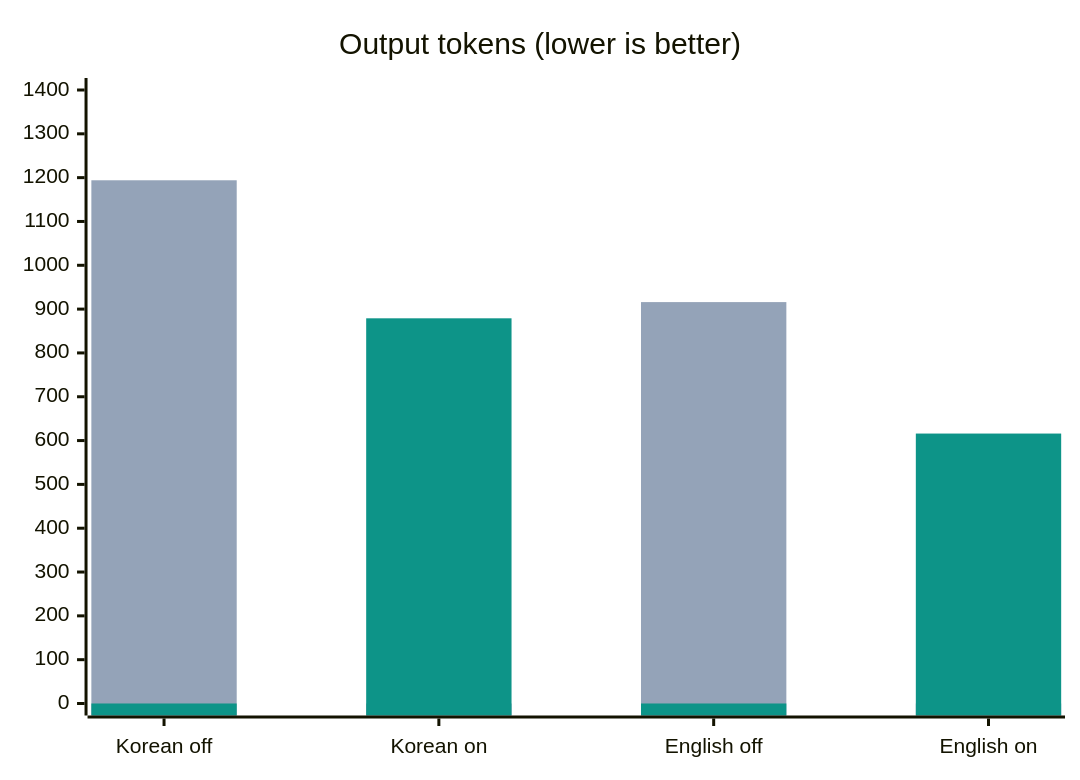
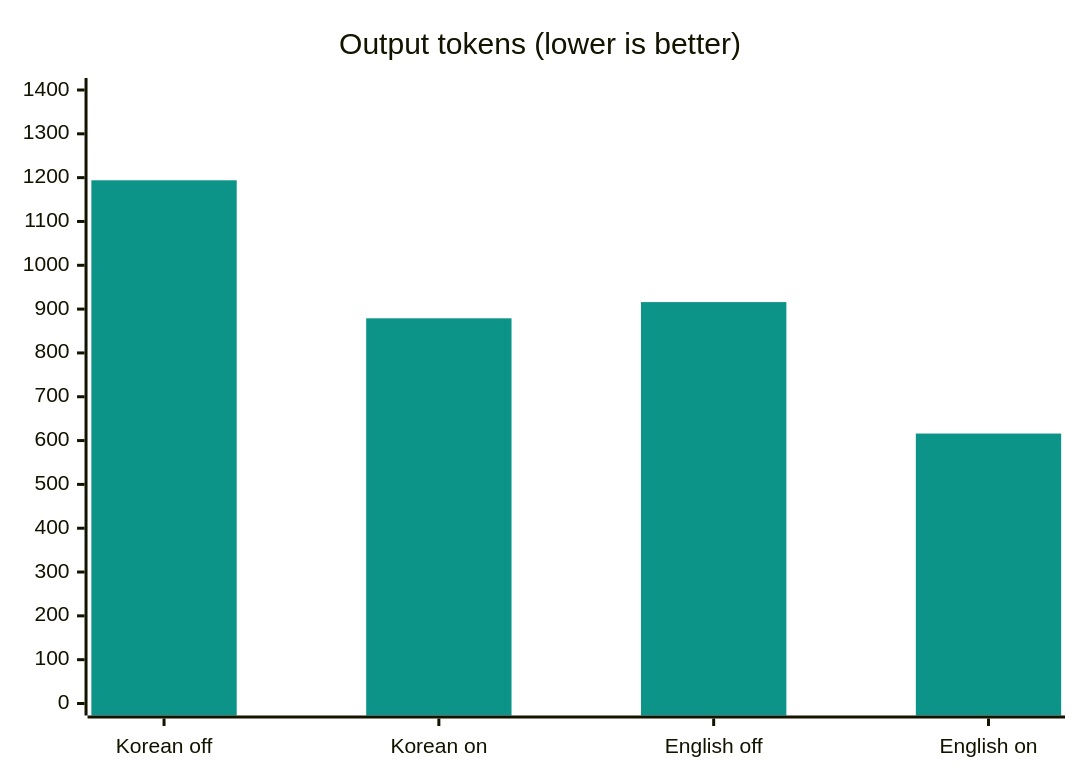
Before and after one commit to evelynn/get-to-it: the first of 2 diagrams in README.md, drawn with Mermaid. The commit also changed other lines of this file and 1 other file, not shown here.

Commit message:
karin: 토큰 그래프를 한 계열 막대로 되돌려 0값 막대 줄 제거
- 끔·켬 두 계열로 나누면 값 0 막대가 다른 막대 아래에 얇은 줄로 남음
- 한 계열 막대와 진한 청록 한 가지 색으로 통일

````diff
--- a/README.md
+++ b/README.md
@@ -22,9 +22,8 @@
 ```mermaid
-%%{init: {"themeVariables": {"xyChart": {"plotColorPalette": "#94a3b8, #0d9488"}}}}%%
+%%{init: {"themeVariables": {"xyChart": {"plotColorPalette": "#0d9488"}}}}%%
 xychart-beta
     title "Output tokens (lower is better)"
     x-axis ["Korean off", "Korean on", "English off", "English on"]
     y-axis 0 --> 1400
-    bar [1194, 0, 916, 0]
-    bar [0, 879, 0, 616]
+    bar [1194, 879, 916, 616]
 ```
````
